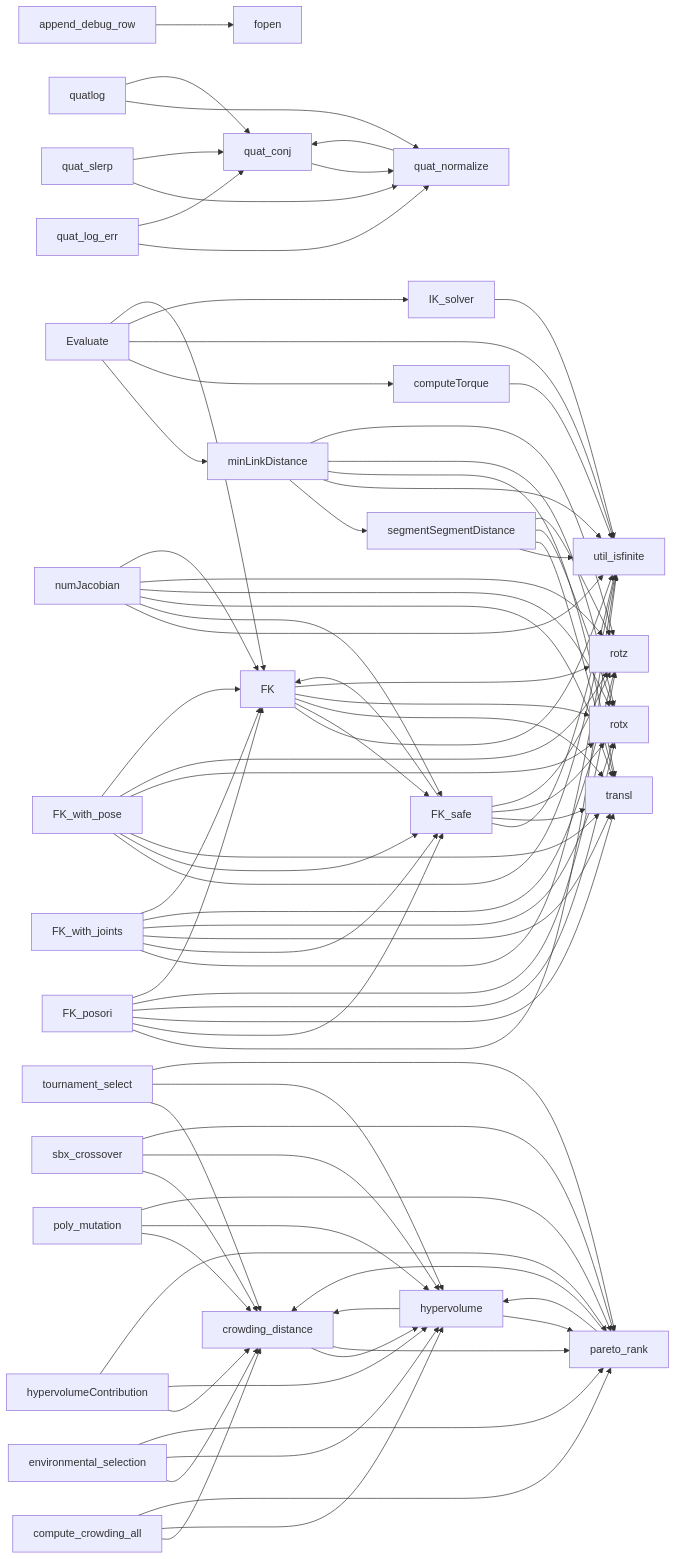
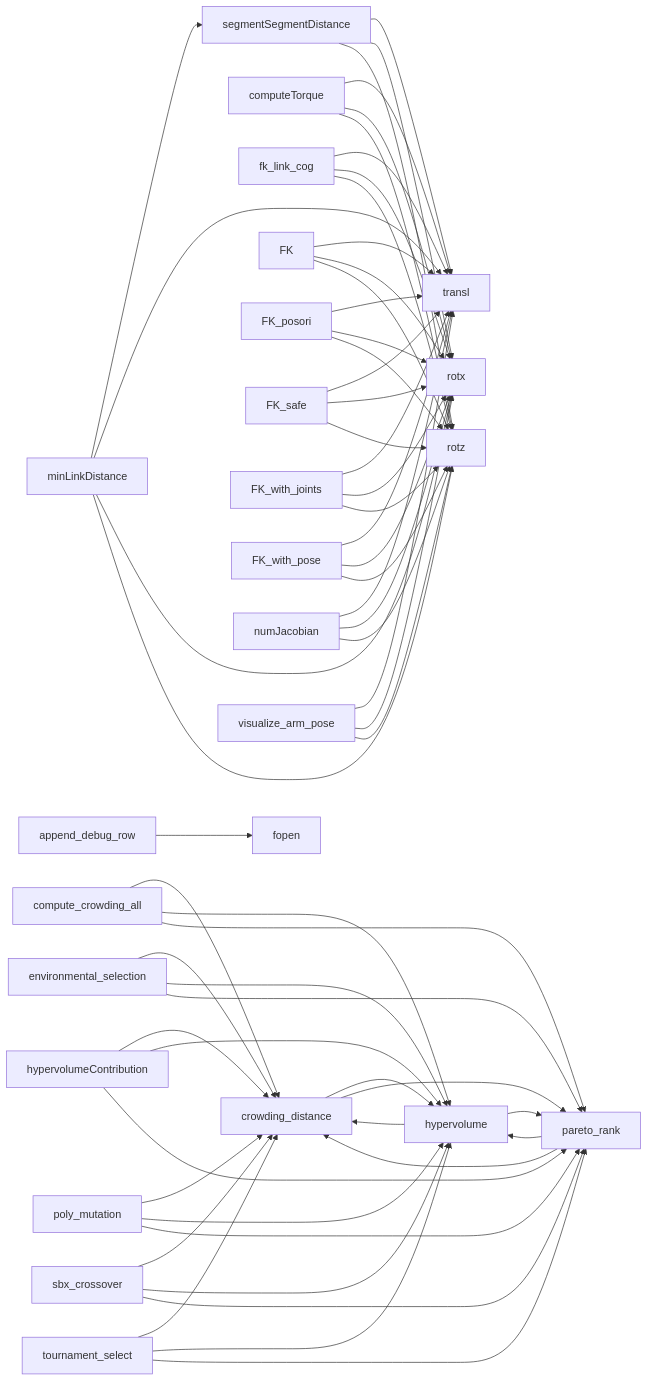
The diagram in 解析用/_function_map/func_graph.mmd (mabo404/Generic_Argorithm_for_Arm), drawn with Mermaid before and after one commit. The commit also changed 13 other files, not shown here.

```diff
--- a/解析用/_function_map/func_graph.mmd
+++ b/解析用/_function_map/func_graph.mmd
@@ -1,84 +1,60 @@
 graph LR
 minLinkDistance --> segmentSegmentDistance
-minLinkDistance --> util_isfinite
 minLinkDistance --> transl
 minLinkDistance --> rotx
 minLinkDistance --> rotz
-segmentSegmentDistance --> util_isfinite
 segmentSegmentDistance --> transl
 segmentSegmentDistance --> rotx
 segmentSegmentDistance --> rotz
-computeTorque --> util_isfinite
-Evaluate --> minLinkDistance
-Evaluate --> computeTorque
-Evaluate --> util_isfinite
-Evaluate --> IK_solver
-Evaluate --> FK
+computeTorque --> transl
+computeTorque --> rotx
+computeTorque --> rotz
+fk_link_cog --> transl
+fk_link_cog --> rotx
+fk_link_cog --> rotz
 compute_crowding_all --> crowding_distance
 compute_crowding_all --> hypervolume
 compute_crowding_all --> pareto_rank
 crowding_distance --> hypervolume
 crowding_distance --> pareto_rank
 environmental_selection --> crowding_distance
 environmental_selection --> hypervolume
 environmental_selection --> pareto_rank
 hypervolume --> crowding_distance
 hypervolume --> pareto_rank
 hypervolumeContribution --> crowding_distance
 hypervolumeContribution --> hypervolume
 hypervolumeContribution --> pareto_rank
 pareto_rank --> crowding_distance
 pareto_rank --> hypervolume
 poly_mutation --> crowding_distance
 poly_mutation --> hypervolume
 poly_mutation --> pareto_rank
 sbx_crossover --> crowding_distance
 sbx_crossover --> hypervolume
 sbx_crossover --> pareto_rank
 tournament_select --> crowding_distance
 tournament_select --> hypervolume
 tournament_select --> pareto_rank
-IK_solver --> util_isfinite
-FK --> util_isfinite
-FK --> FK_safe
 FK --> transl
 FK --> rotx
 FK --> rotz
-FK_posori --> util_isfinite
-FK_posori --> FK_safe
 FK_posori --> transl
 FK_posori --> rotx
 FK_posori --> rotz
-FK_posori --> FK
-FK_safe --> util_isfinite
 FK_safe --> transl
 FK_safe --> rotx
 FK_safe --> rotz
-FK_safe --> FK
-FK_with_joints --> util_isfinite
-FK_with_joints --> FK_safe
 FK_with_joints --> transl
 FK_with_joints --> rotx
 FK_with_joints --> rotz
-FK_with_joints --> FK
-FK_with_pose --> util_isfinite
-FK_with_pose --> FK_safe
 FK_with_pose --> transl
 FK_with_pose --> rotx
 FK_with_pose --> rotz
-FK_with_pose --> FK
-numJacobian --> util_isfinite
-numJacobian --> FK_safe
 numJacobian --> transl
 numJacobian --> rotx
 numJacobian --> rotz
-numJacobian --> FK
 append_debug_row --> fopen
-quat_conj --> quat_normalize
-quat_log_err --> quat_normalize
-quat_log_err --> quat_conj
-quat_normalize --> quat_conj
-quat_slerp --> quat_normalize
-quat_slerp --> quat_conj
-quatlog --> quat_normalize
-quatlog --> quat_conj
+visualize_arm_pose --> transl
+visualize_arm_pose --> rotx
+visualize_arm_pose --> rotz
```
